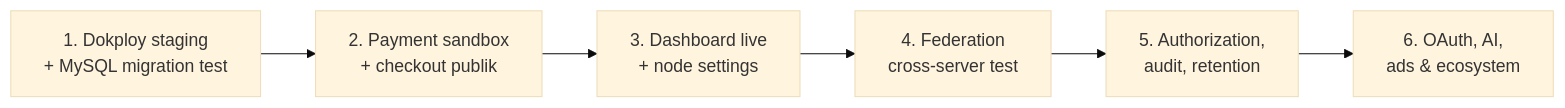
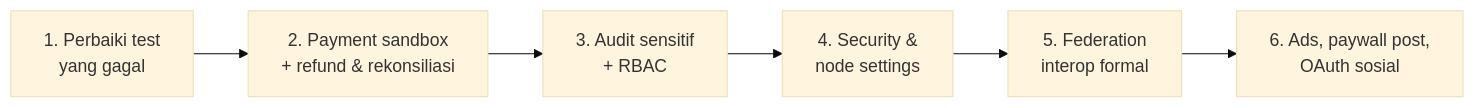
Before and after one commit to kukuhtw/fpdp: the second of 2 diagrams in documentation/PROGRESS-REPORT.id.md, drawn with Mermaid (base theme). The commit also changed other lines of this file and 9 other files, not shown here.

First line of the commit message:
Update progress report and roadmap documentation to reflect changes in payment and marketplace phases

````diff
--- a/documentation/PROGRESS-REPORT.id.md
+++ b/documentation/PROGRESS-REPORT.id.md
@@ -243,8 +206,8 @@
 ```mermaid
 flowchart LR
-    A["1. Dokploy staging<br/>+ MySQL migration test"] --> B["2. Payment sandbox<br/>+ checkout publik"]
-    B --> C["3. Dashboard live<br/>+ node settings"]
-    C --> D["4. Federation<br/>cross-server test"]
-    D --> E["5. Authorization,<br/>audit, retention"]
-    E --> F["6. OAuth, AI,<br/>ads & ecosystem"]
+    A["1. Perbaiki test<br/>yang gagal"] --> B["2. Payment sandbox<br/>+ refund & rekonsiliasi"]
+    B --> C["3. Audit sensitif<br/>+ RBAC"]
+    C --> D["4. Security &<br/>node settings"]
+    D --> E["5. Federation<br/>interop formal"]
+    E --> F["6. Ads, paywall post,<br/>OAuth sosial"]
 ```
````
